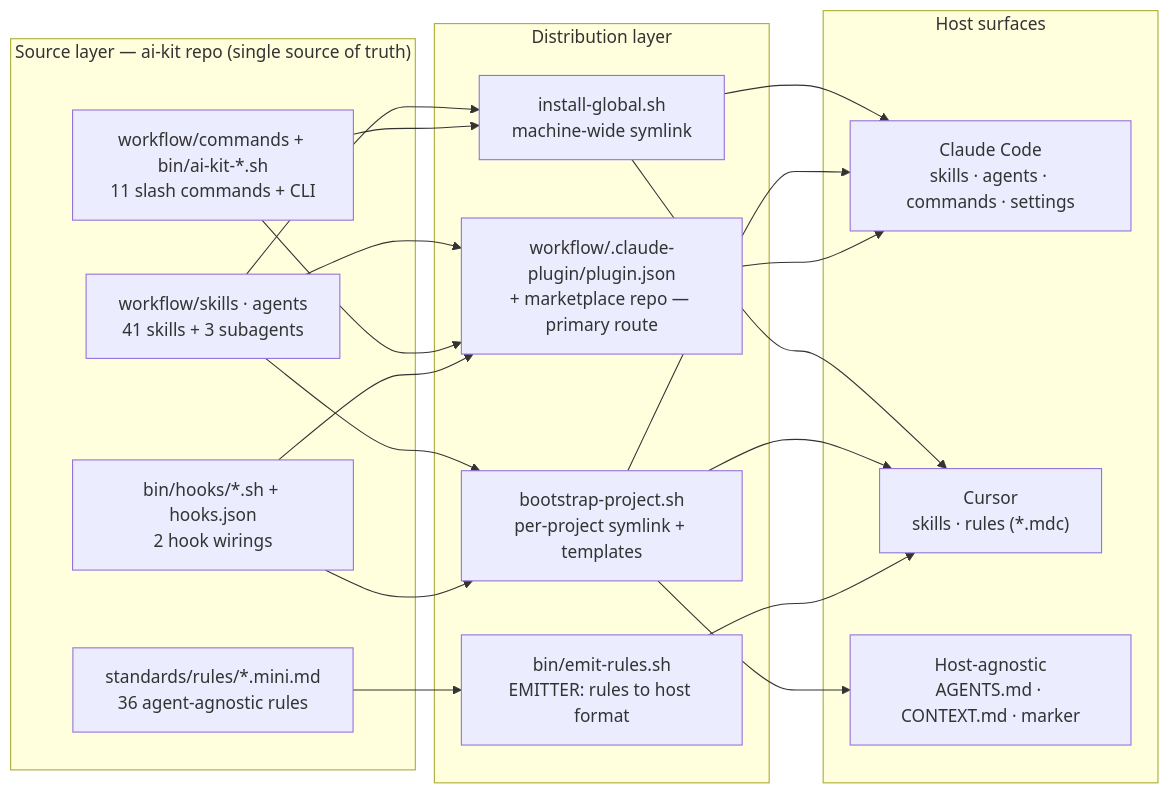
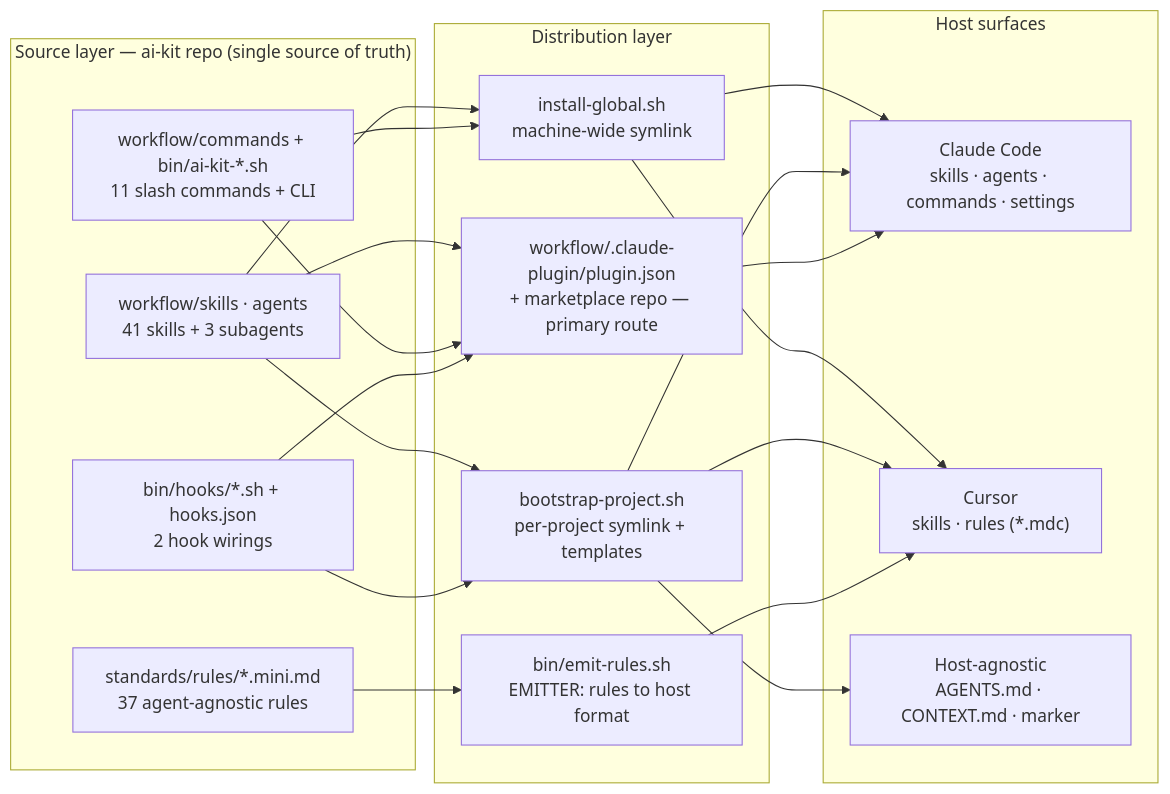
The first of 2 diagrams in docs/diagrams.md (yusufkaracaburun/ai-kit), drawn with Mermaid before and after one commit. The commit also changed 6 other files, not shown here.

````diff
--- a/docs/diagrams.md
+++ b/docs/diagrams.md
@@ -10,32 +10,32 @@
 ```mermaid
 flowchart LR
   subgraph SRC["Source layer — ai-kit repo (single source of truth)"]
     SA["workflow/skills · agents<br/>41 skills + 3 subagents"]
     CB["workflow/commands + bin/ai-kit-*.sh<br/>11 slash commands + CLI"]
     H["bin/hooks/*.sh + hooks.json<br/>2 hook wirings"]
-    R["standards/rules/*.mini.md<br/>36 agent-agnostic rules"]
+    R["standards/rules/*.mini.md<br/>37 agent-agnostic rules"]
   end
 
   subgraph DIST["Distribution layer"]
     IG["install-global.sh<br/>machine-wide symlink"]
     PL["workflow/.claude-plugin/plugin.json<br/>+ marketplace repo — primary route"]
     BP["bootstrap-project.sh<br/>per-project symlink + templates"]
     ER["bin/emit-rules.sh<br/>EMITTER: rules to host format"]
   end
 
   subgraph HOSTS["Host surfaces"]
     CC["Claude Code<br/>skills · agents · commands · settings"]
     CU["Cursor<br/>skills · rules (*.mdc)"]
     HA["Host-agnostic<br/>AGENTS.md · CONTEXT.md · marker"]
   end
 
   SA --> IG & BP & PL
   CB --> IG & PL
   H --> PL & BP
   R --> ER
 
   IG --> CC & CU
   BP --> CC & CU & HA
   PL --> CC
   ER --> CU
 ```
````
